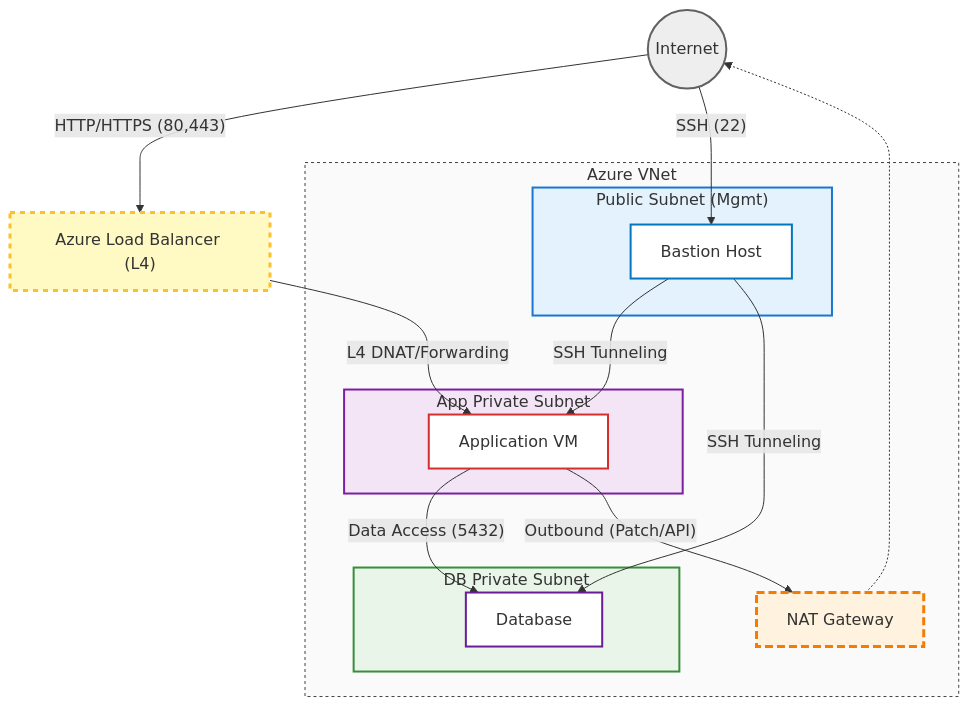
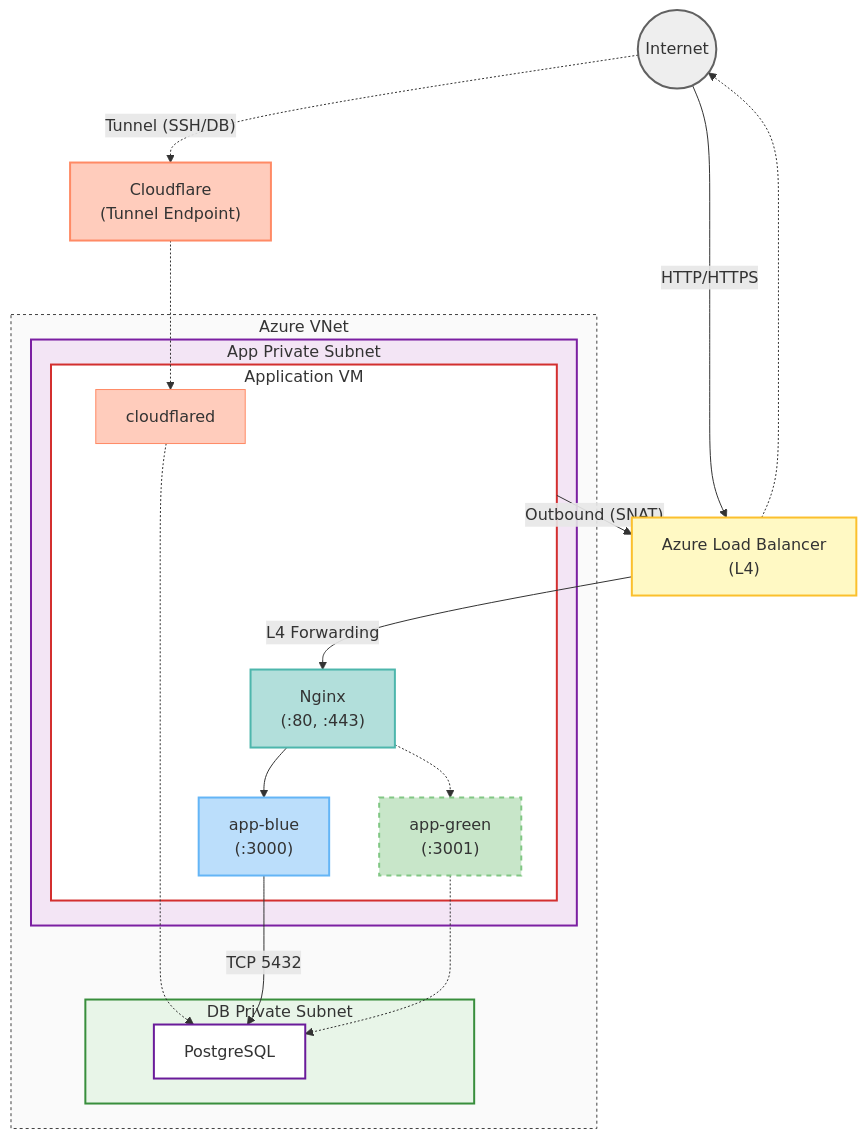
One commit to 5unk3n/thats-my-floor changed the diagram in docs/infrastructure.md. Above: the diagram before and after it, drawn with Mermaid. The commit also changed other lines of this file, not shown here.

Commit message:
📝 Docs : 인프라 문서 현행화

````diff
--- a/docs/infrastructure.md
+++ b/docs/infrastructure.md
@@ -11,59 +13,64 @@
 ```mermaid
 graph TD
     Internet((Internet))
 
-    %% Azure SDN 영역 (VNet 외부)
-    LB["Azure Load Balancer (L4)"]
+    %% External Services
+    CF["Cloudflare<br/>(Tunnel Endpoint)"]
+    LB["Azure Load Balancer<br/>(L4)"]
 
     subgraph VNet ["Azure VNet"]
-        %% 1. 관리용 외부 접점
-        subgraph PublicSubnet ["Public Subnet (Mgmt)"]
-            Bastion["Bastion Host"]
+        %% App Private Subnet with VM internals
+        subgraph AppSubnet ["App Private Subnet"]
+            subgraph AppVM ["Application VM"]
+                CFD["cloudflared"]
+                Nginx["Nginx<br/>(:80, :443)"]
+                Blue["app-blue<br/>(:3000)"]
+                Green["app-green<br/>(:3001)"]
+            end
         end
 
-        %% 2-1. App 전용 Private Subnet
-        subgraph AppSubnet ["App Private Subnet"]
-            AppVM["Application VM"]
+        %% DB Private Subnet
+        subgraph DBSubnet ["DB Private Subnet"]
+            DB["PostgreSQL"]
         end
-
-        %% 2-2. DB 전용 Private Subnet
-        subgraph DBSubnet ["DB Private Subnet"]
-            DB["Database"]
-        end
-
-        %% NAT Gateway (VNet 레벨, AppSubnet에 연결)
-        NAT["NAT Gateway"]
     end
 
-    %% Service Inbound (HTTP/HTTPS)
-    Internet --"HTTP/HTTPS (80,443)"--> LB
-    LB --"L4 DNAT/Forwarding"--> AppVM
+    %% === User Traffic (Service) ===
+    Internet --"HTTP/HTTPS"--> LB
+    LB --"L4 Forwarding"--> Nginx
+    Nginx --> Blue
+    Nginx -.-> Green
 
-    %% Management Inbound
-    Internet --"SSH (22)"--> Bastion
-    Bastion --"SSH Tunneling"--> AppVM
-    Bastion --"SSH Tunneling"--> DB
+    %% === Management Access via Cloudflare Tunnel ===
+    Internet -."Tunnel (SSH/DB)".-> CF
+    CF -.-> CFD
+    CFD -.-> DB
 
-    %% Internal Communication
-    AppVM --"Data Access (5432)"--> DB
+    %% === App to DB ===
+    Blue --"TCP 5432"--> DB
+    Green -.-> DB
 
-    %% App Outbound → NAT Gateway
-    AppVM --"Outbound (Patch/API)"--> NAT
-    NAT -.-> Internet
+    %% === Outbound via LB ===
+    AppVM --"Outbound (SNAT)"--> LB
+    LB -.-> Internet
 
-    %% Styling - Clean & Professional
-    style LB fill:#fff9c4,stroke:#fbc02d,stroke-width:3px,stroke-dasharray: 5 5
-    style PublicSubnet fill:#e3f2fd,stroke:#1976d2,stroke-width:2px
+    %% Styling - External
+    style CF fill:#ffccbc,stroke:#ff8a65,stroke-width:2px
+    style LB fill:#fff9c4,stroke:#fbc02d,stroke-width:2px
+    style Internet fill:#eeeeee,stroke:#616161,stroke-width:2px
+
+    %% Styling - VNet
+    style VNet fill:#fafafa,stroke:#424242,stroke-width:1px,stroke-dasharray: 3 3
     style AppSubnet fill:#f3e5f5,stroke:#7b1fa2,stroke-width:2px
     style DBSubnet fill:#e8f5e8,stroke:#388e3c,stroke-width:2px
-    style VNet fill:#fafafa,stroke:#424242,stroke-width:1px,stroke-dasharray: 3 3
-    style NAT fill:#fff3e0,stroke:#f57c00,stroke-width:3px,stroke-dasharray: 5 5
 
-    %% Node Details
-    style Bastion fill:#ffffff,stroke:#0277bd,stroke-width:2px
+    %% Styling - VM Internals
     style AppVM fill:#ffffff,stroke:#d32f2f,stroke-width:2px
+    style CFD fill:#ffccbc,stroke:#ff8a65,stroke-width:1px
+    style Nginx fill:#b2dfdb,stroke:#4db6ac,stroke-width:2px
+    style Blue fill:#bbdefb,stroke:#64b5f6,stroke-width:2px
+    style Green fill:#c8e6c9,stroke:#81c784,stroke-width:2px,stroke-dasharray: 5 5
+
+    %% Styling - DB
     style DB fill:#ffffff,stroke:#6a1b9a,stroke-width:2px
-    style Internet fill:#eeeeee,stroke:#616161,stroke-width:2px
-    style NAT stroke-dasharray: 8 4
-
 ```
````
